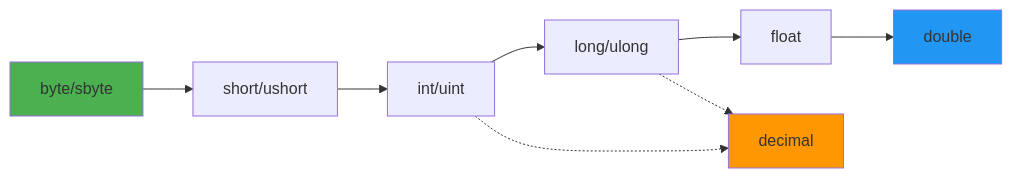
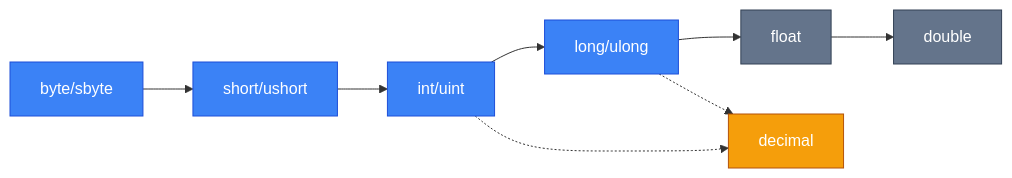
The first of 2 diagrams in content/1.csharp/1.fundamentals/3.variables-data-types.md (arakviel/kostyl.dev), drawn with Mermaid before and after one commit. The commit also changed other lines of this file and 30 other files, not shown here.

````diff
--- a/content/1.csharp/1.fundamentals/3.variables-data-types.md
+++ b/content/1.csharp/1.fundamentals/3.variables-data-types.md
@@ -533,15 +1200,19 @@
 ```mermaid
 graph LR
     A[byte/sbyte] --> B[short/ushort]
     B --> C[int/uint]
     C --> D[long/ulong]
     D --> E[float]
     E --> F[double]
 
     C -.-> G[decimal]
     D -.-> G
 
-    style A fill:#4CAF50
-    style F fill:#2196F3
-    style G fill:#FF9800
+    style A fill:#3b82f6,stroke:#1d4ed8,color:#ffffff
+    style B fill:#3b82f6,stroke:#1d4ed8,color:#ffffff
+    style C fill:#3b82f6,stroke:#1d4ed8,color:#ffffff
+    style D fill:#3b82f6,stroke:#1d4ed8,color:#ffffff
+    style E fill:#64748b,stroke:#334155,color:#ffffff
+    style F fill:#64748b,stroke:#334155,color:#ffffff
+    style G fill:#f59e0b,stroke:#b45309,color:#ffffff
 ```
````
